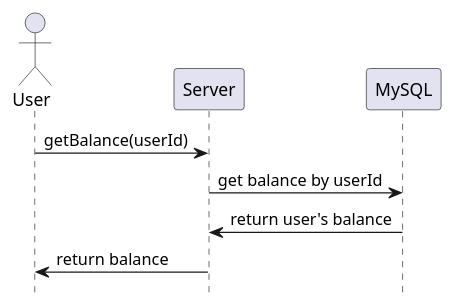
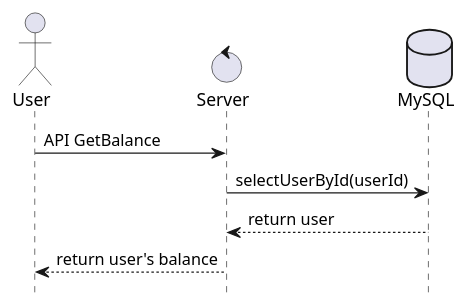
The diagram in documents/sequence diagrams/view-balance.puml (noradomi/foo-app), drawn with PlantUML before and after one commit. The commit also changed 55 other files, not shown here.

```diff
--- a/documents/sequence diagrams/view-balance.puml
+++ b/documents/sequence diagrams/view-balance.puml
@@ -1,8 +1,10 @@
 @startuml view-balance
 hide footbox
 actor "User"
-"User" -> "Server": getBalance(userId)
-"Server" -> "MySQL": get balance by userId
-"MySQL" -> "Server": return user's balance
-"Server" -> "User": return balance
+control "Server"
+database "MySQL"
+"User" -> "Server": API GetBalance
+"Server" -> "MySQL": selectUserById(userId)
+"MySQL" --> "Server": return user
+"Server" --> "User": return user's balance
 @enduml
```
